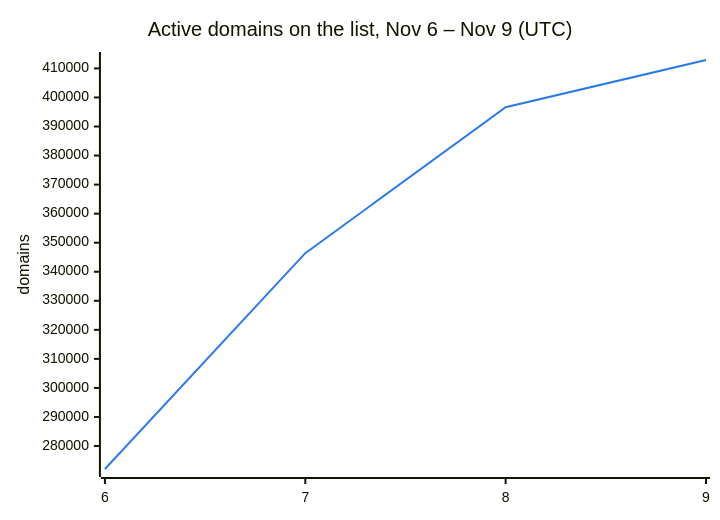
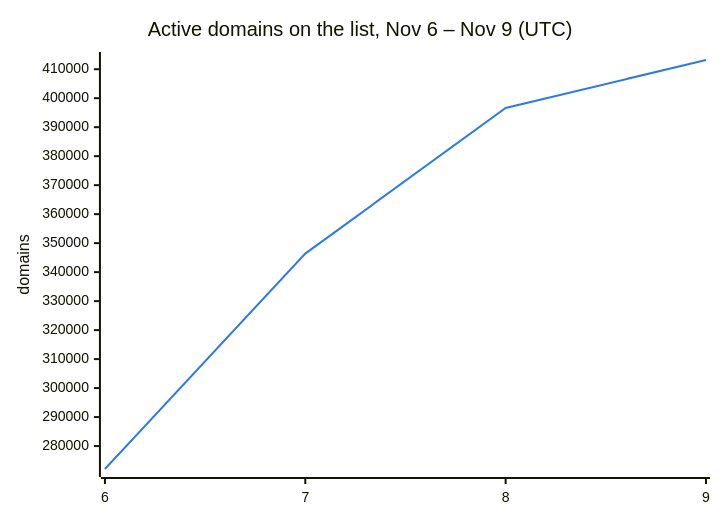
One commit to DNSBunker/CTI changed the second of 3 diagrams in README.md. Above: the diagram before and after it, drawn with Mermaid. The commit also changed other lines of this file and 3 other files, not shown here.

````diff
--- a/README.md
+++ b/README.md
@@ -38,8 +38,8 @@
 ```mermaid
 %%{init: {"themeVariables": {"xyChart": {"plotColorPalette": "#2c7be5"}}}}%%
 xychart-beta
     title "Active domains on the list, Nov 6 – Nov 9 (UTC)"
     x-axis ["6", "7", "8", "9"]
     y-axis "domains"
-    line [272088, 346388, 396638, 412898]
+    line [272088, 346388, 396638, 413176]
 ```
````
